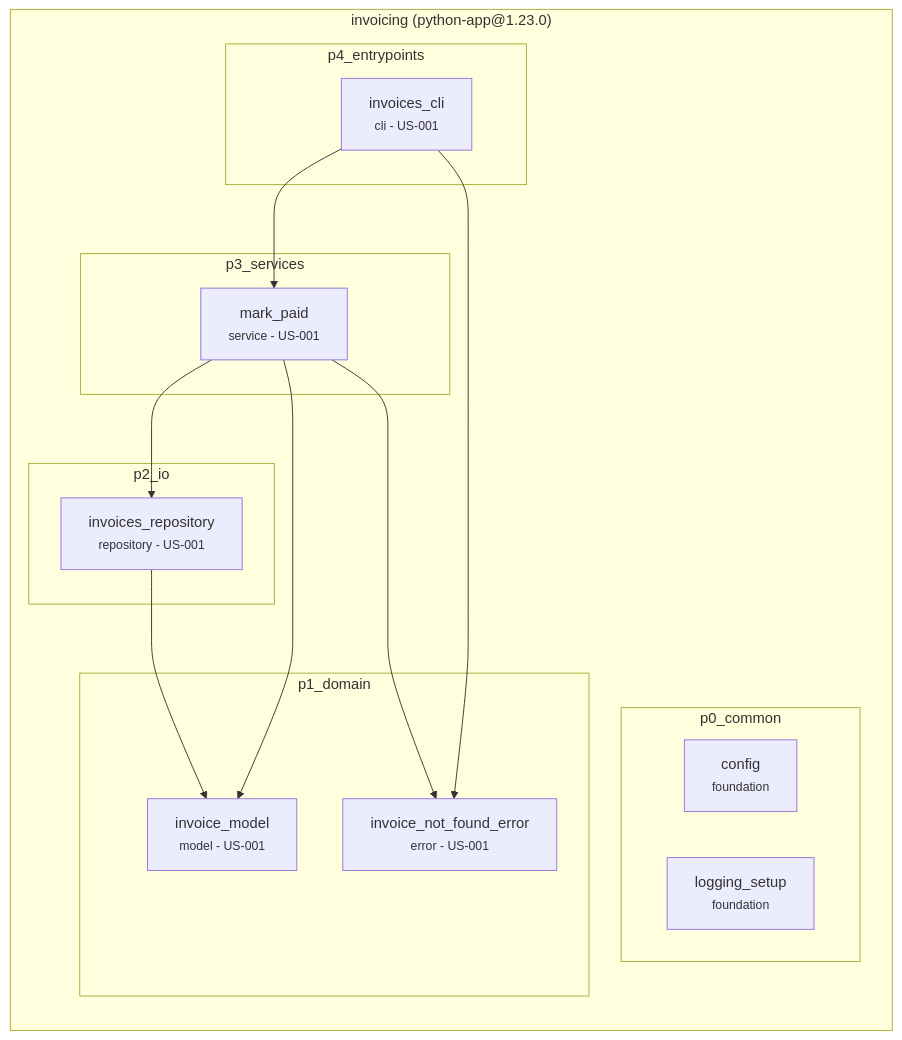
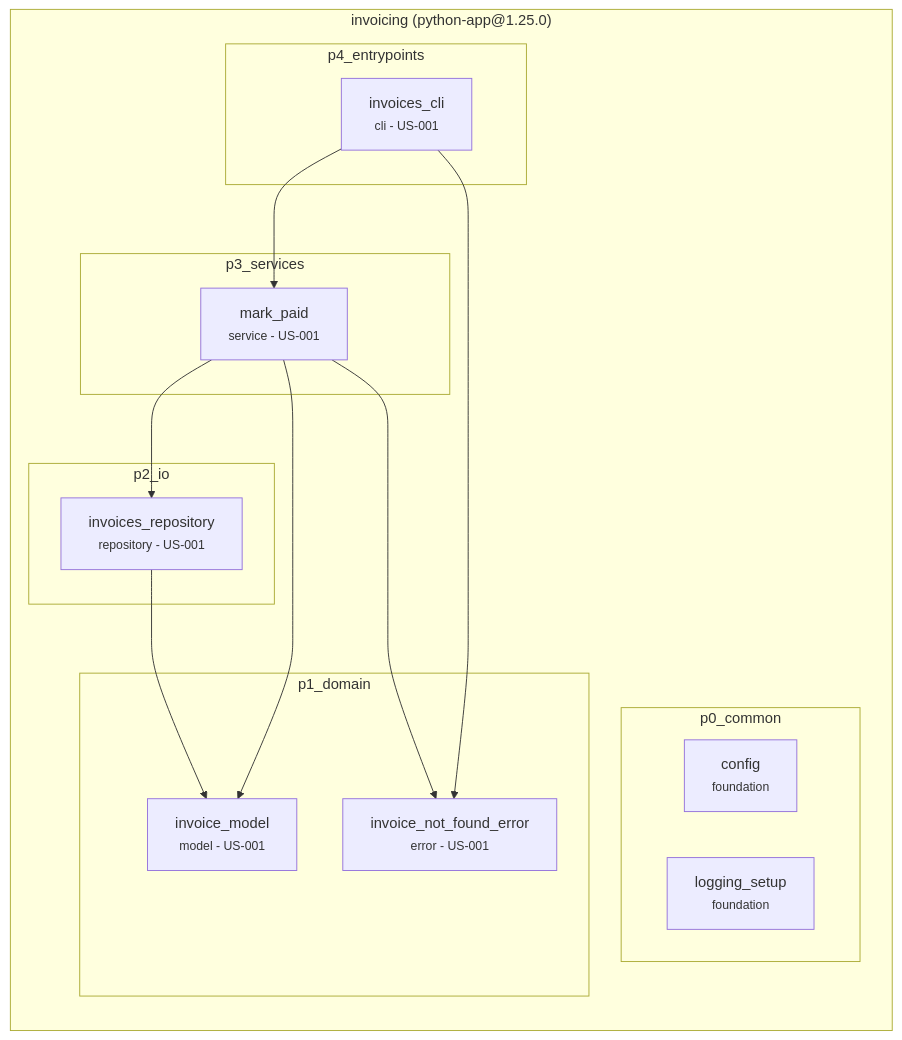
The diagram in contract/archvow/examples/python-app/.archvow/spec.md (archvow/archvow-plugin), drawn with Mermaid before and after one commit. The commit also changed 126 other files, not shown here.

````diff
--- a/contract/archvow/examples/python-app/.archvow/spec.md
+++ b/contract/archvow/examples/python-app/.archvow/spec.md
@@ -11,30 +11,30 @@
 ```mermaid
 flowchart TB
-  subgraph invoicing["invoicing (python-app@1.23.0)"]
+  subgraph invoicing["invoicing (python-app@1.25.0)"]
     direction TB
     subgraph invoicing__p0_common["p0_common"]
       invoicing__config["config<br/><small>foundation</small>"]
       invoicing__logging_setup["logging_setup<br/><small>foundation</small>"]
     end
     subgraph invoicing__p1_domain["p1_domain"]
       invoicing__invoice_model["invoice_model<br/><small>model - US-001</small>"]
       invoicing__invoice_not_found_error["invoice_not_found_error<br/><small>error - US-001</small>"]
     end
     subgraph invoicing__p2_io["p2_io"]
       invoicing__invoices_repository["invoices_repository<br/><small>repository - US-001</small>"]
     end
     subgraph invoicing__p3_services["p3_services"]
       invoicing__mark_paid["mark_paid<br/><small>service - US-001</small>"]
     end
     subgraph invoicing__p4_entrypoints["p4_entrypoints"]
       invoicing__invoices_cli["invoices_cli<br/><small>cli - US-001</small>"]
     end
   end
   invoicing__invoices_repository --> invoicing__invoice_model
   invoicing__mark_paid --> invoicing__invoice_model
   invoicing__mark_paid --> invoicing__invoice_not_found_error
   invoicing__mark_paid --> invoicing__invoices_repository
   invoicing__invoices_cli --> invoicing__mark_paid
   invoicing__invoices_cli --> invoicing__invoice_not_found_error
   classDef empty fill:none,stroke:none
 ```
````
